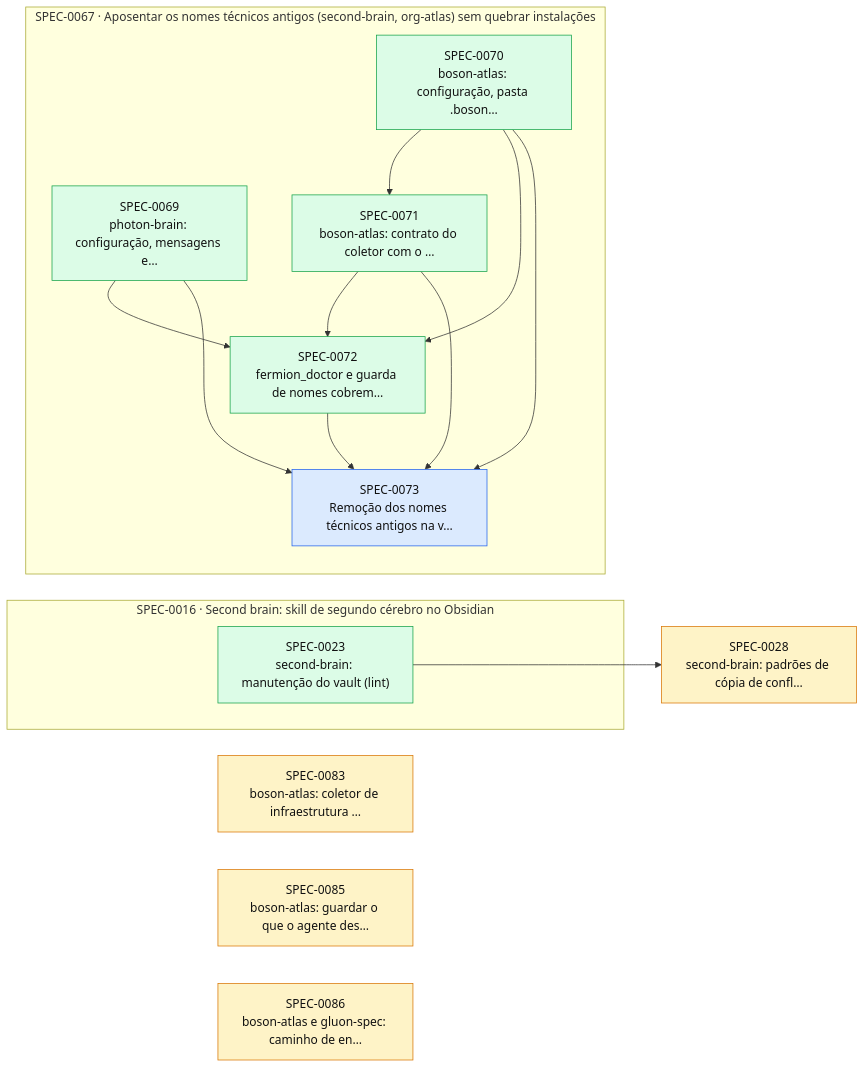
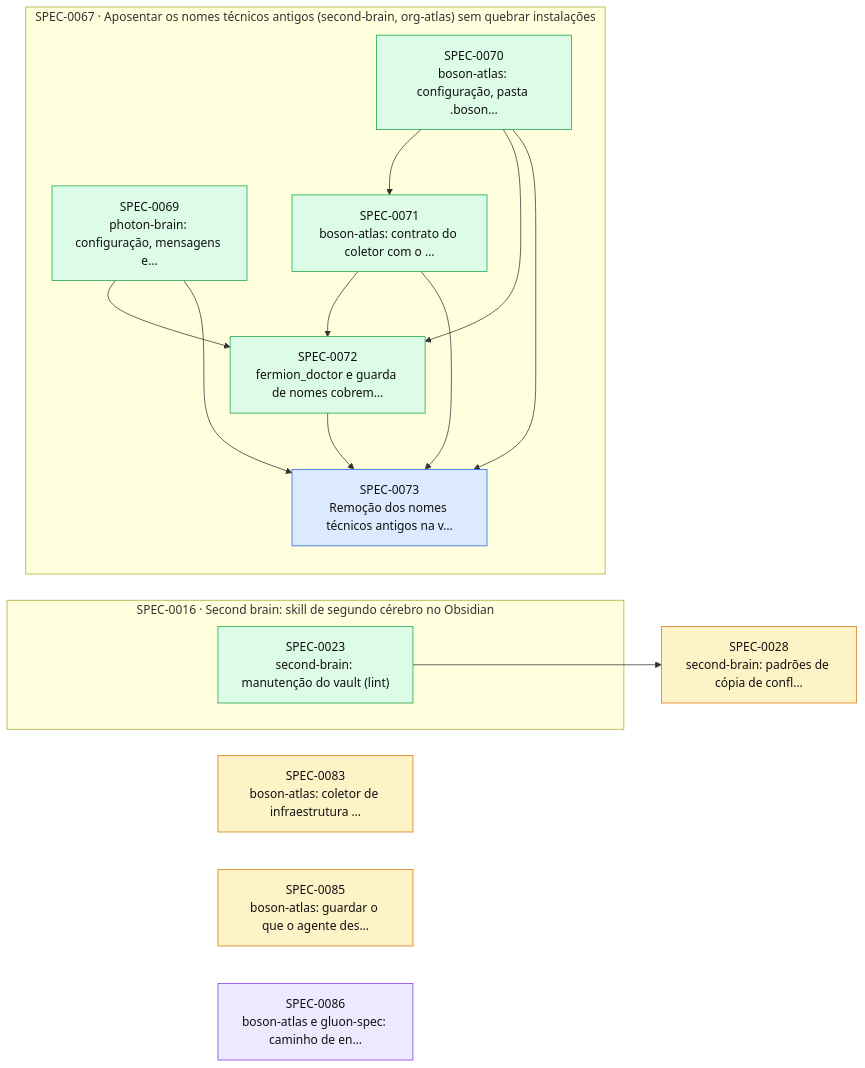
The diagram in docs/specs/INDEX.md (thomasravache/ai-dev-brain), drawn with Mermaid before and after one commit. The commit also changed other lines of this file and 1 other file, not shown here.

First line of the commit message:
docs(specs): aprova a SPEC-0086 e planeja a implementação

````diff
--- a/docs/specs/INDEX.md
+++ b/docs/specs/INDEX.md
@@ -64,31 +64,31 @@
 ```mermaid
 flowchart LR
   S0028["SPEC-0028<br/>second-brain: padrões de cópia de confl…"]:::proposed
   S0083["SPEC-0083<br/>boson-atlas: coletor de infraestrutura …"]:::proposed
   S0085["SPEC-0085<br/>boson-atlas: guardar o que o agente des…"]:::proposed
-  S0086["SPEC-0086<br/>boson-atlas e gluon-spec: caminho de en…"]:::proposed
+  S0086["SPEC-0086<br/>boson-atlas e gluon-spec: caminho de en…"]:::inprogress
   subgraph E0016["SPEC-0016 · Second brain: skill de segundo cérebro no Obsidian"]
     S0023["SPEC-0023<br/>second-brain: manutenção do vault (lint)"]:::implemented
   end
   subgraph E0067["SPEC-0067 · Aposentar os nomes técnicos antigos (second-brain, org-atlas) sem quebrar instalações"]
     S0069["SPEC-0069<br/>photon-brain: configuração, mensagens e…"]:::implemented
     S0070["SPEC-0070<br/>boson-atlas: configuração, pasta .boson…"]:::implemented
     S0071["SPEC-0071<br/>boson-atlas: contrato do coletor com o …"]:::implemented
     S0072["SPEC-0072<br/>fermion_doctor e guarda de nomes cobrem…"]:::implemented
     S0073["SPEC-0073<br/>Remoção dos nomes técnicos antigos na v…"]:::approved
   end
   S0023 --> S0028
   S0070 --> S0071
   S0069 --> S0072
   S0070 --> S0072
   S0071 --> S0072
   S0069 --> S0073
   S0070 --> S0073
   S0071 --> S0073
   S0072 --> S0073
   classDef proposed fill:#fef3c7,stroke:#d97706,color:#111
   classDef approved fill:#dbeafe,stroke:#2563eb,color:#111
   classDef inprogress fill:#ede9fe,stroke:#7c3aed,color:#111
   classDef implemented fill:#dcfce7,stroke:#16a34a,color:#111
   classDef deprecated fill:#f3f4f6,stroke:#9ca3af,color:#6b7280
 ```
````
